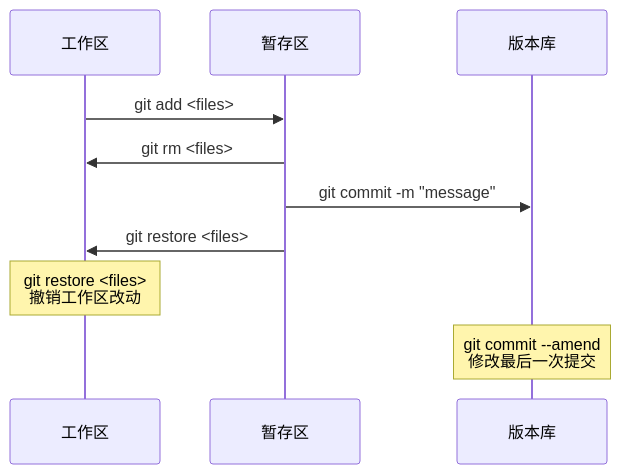
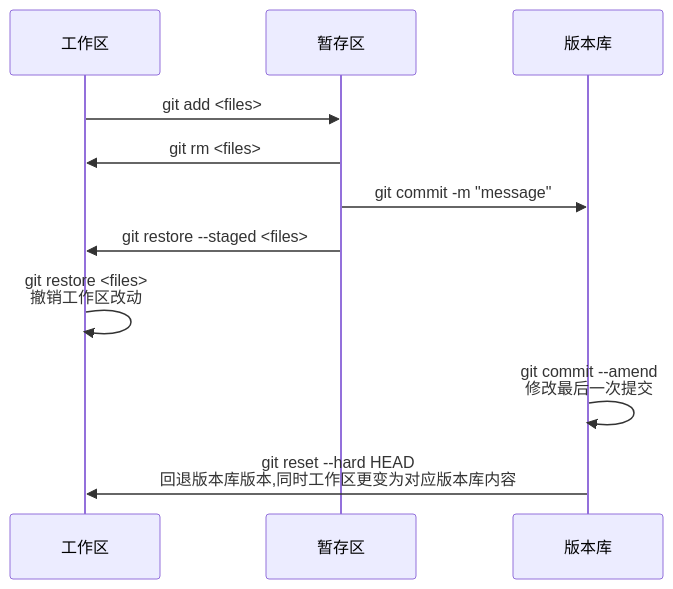
The diagram in Git/撤销操作.md (ys543437872/git-tutorial), drawn with Mermaid before and after one commit.

````diff
--- a/Git/撤销操作.md
+++ b/Git/撤销操作.md
@@ -86,18 +86,20 @@
 ```mermaid
 sequenceDiagram
     participant 工作区
     participant 暂存区
     participant 版本库
 
     工作区->>暂存区:git add <files>
 
     暂存区->>工作区:git rm <files>
 
     暂存区->>版本库:git commit -m "message"
 
-    暂存区->>工作区:git restore <files>
+    暂存区->>工作区:git restore --staged <files>
 
-    Note over 工作区:git restore <files><br/>撤销工作区改动
+    工作区 ->> 工作区:git restore <files><br/>撤销工作区改动
 
-    Note over 版本库:git commit --amend<br/>修改最后一次提交
+    版本库 ->> 版本库:git commit --amend<br/>修改最后一次提交
+
+    版本库 ->> 工作区:git reset --hard HEAD<br/>回退版本库版本,同时工作区更变为对应版本库内容
 ```
````
